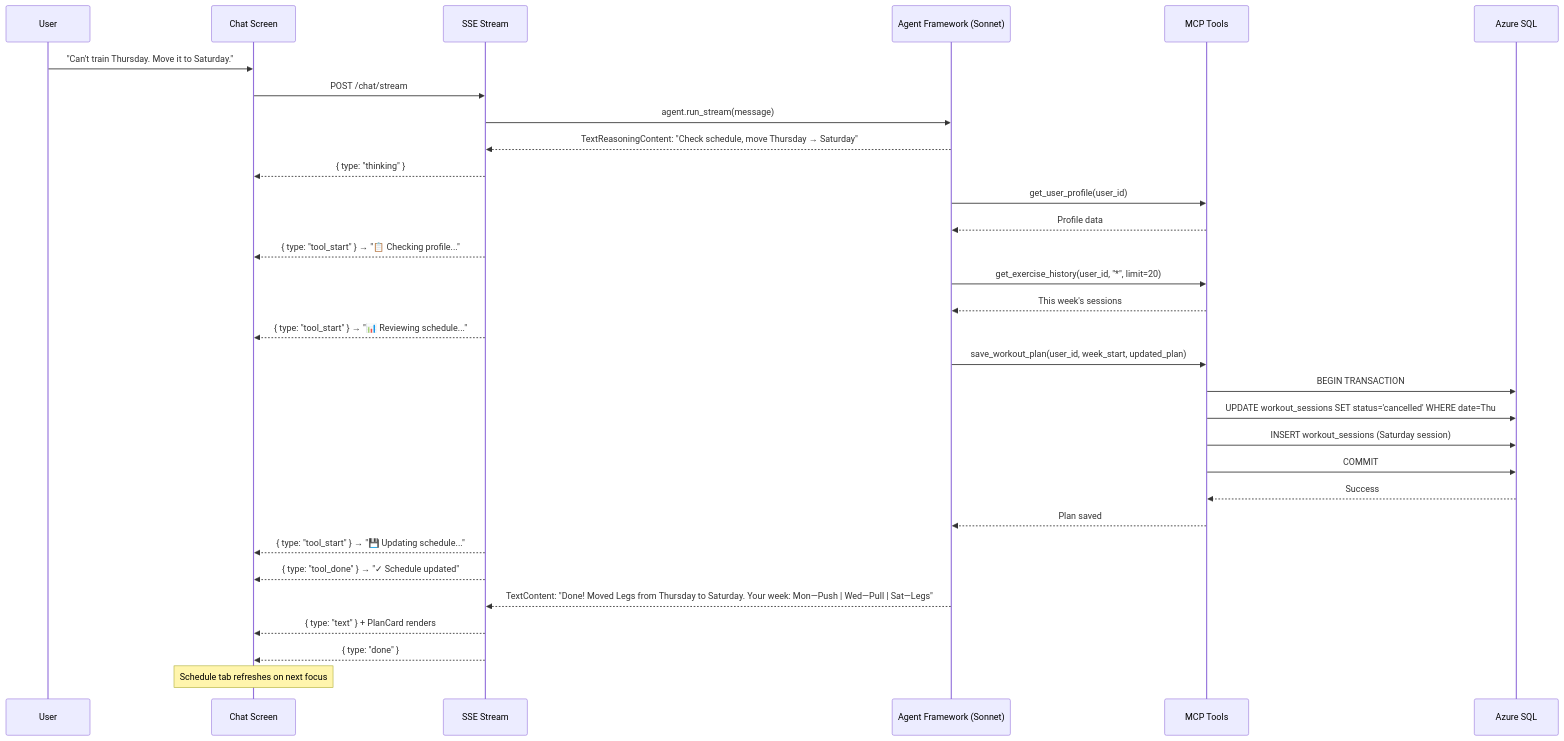
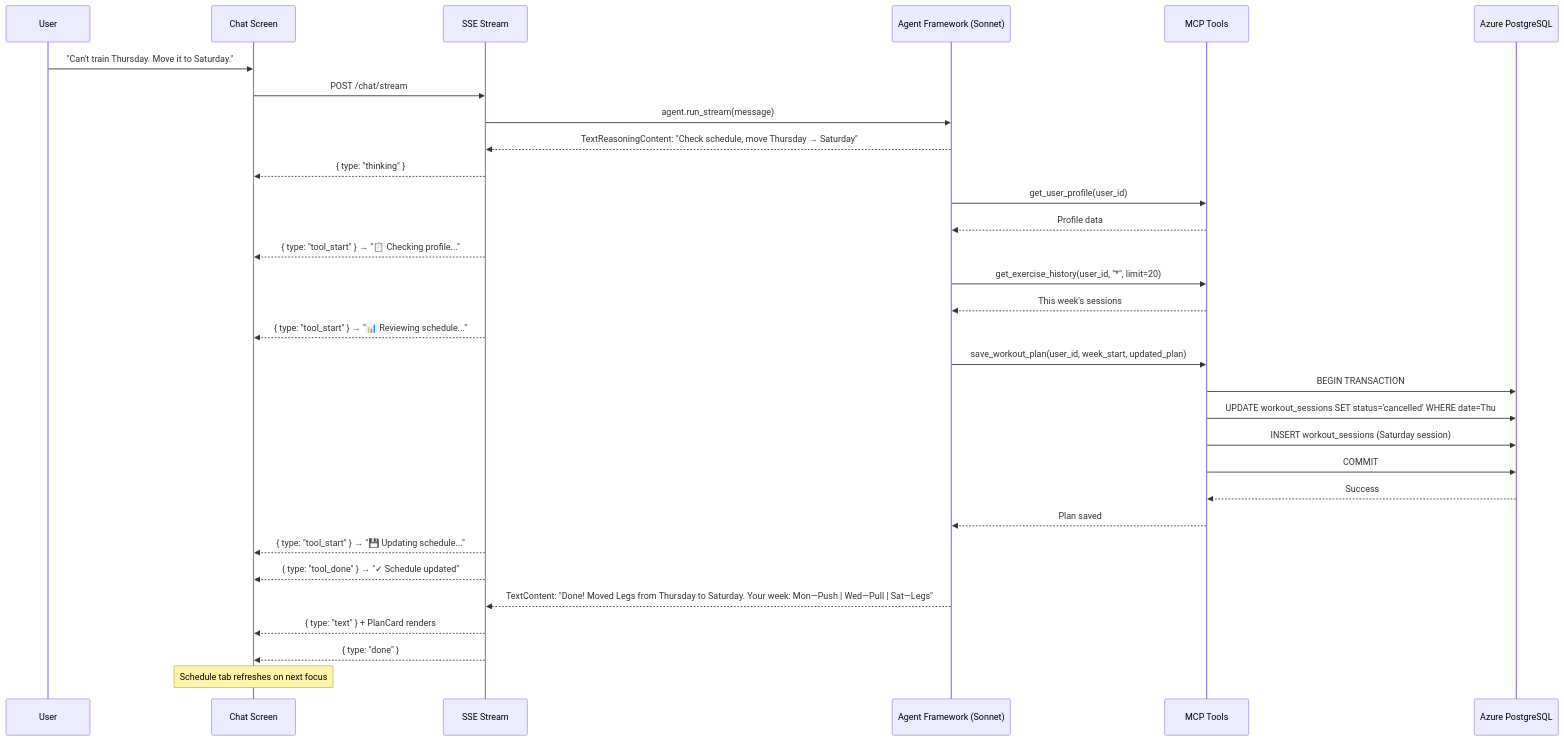
One commit to shoten-healthjourneys/gym-trainer-ai changed the tenth of 10 diagrams in Gym Trainer Implementation Plan.md. Above: the diagram before and after it, drawn with Mermaid. The commit also changed other lines of this file and 59 other files, not shown here.

````diff
--- a/Gym Trainer Implementation Plan.md
+++ b/Gym Trainer Implementation Plan.md
@@ -428,41 +428,41 @@
 ```mermaid
 sequenceDiagram
     participant U as User
     participant App as Chat Screen
     participant SSE as SSE Stream
     participant Agent as Agent Framework (Sonnet)
     participant MCP as MCP Tools
-    participant DB as Azure SQL
+    participant DB as Azure PostgreSQL
 
     U->>App: "Can't train Thursday. Move it to Saturday."
     App->>SSE: POST /chat/stream
     SSE->>Agent: agent.run_stream(message)
 
     Agent-->>SSE: TextReasoningContent: "Check schedule, move Thursday → Saturday"
     SSE-->>App: { type: "thinking" }
 
     Agent->>MCP: get_user_profile(user_id)
     MCP-->>Agent: Profile data
     SSE-->>App: { type: "tool_start" } → "📋 Checking profile..."
 
     Agent->>MCP: get_exercise_history(user_id, "*", limit=20)
     MCP-->>Agent: This week's sessions
     SSE-->>App: { type: "tool_start" } → "📊 Reviewing schedule..."
 
     Agent->>MCP: save_workout_plan(user_id, week_start, updated_plan)
     MCP->>DB: BEGIN TRANSACTION
     MCP->>DB: UPDATE workout_sessions SET status='cancelled' WHERE date=Thu
     MCP->>DB: INSERT workout_sessions (Saturday session)
     MCP->>DB: COMMIT
     DB-->>MCP: Success
     MCP-->>Agent: Plan saved
 
     SSE-->>App: { type: "tool_start" } → "💾 Updating schedule..."
     SSE-->>App: { type: "tool_done" } → "✓ Schedule updated"
 
     Agent-->>SSE: TextContent: "Done! Moved Legs from Thursday to Saturday. Your week: Mon—Push | Wed—Pull | Sat—Legs"
     SSE-->>App: { type: "text" } + PlanCard renders
     SSE-->>App: { type: "done" }
 
     Note over App: Schedule tab refreshes on next focus
 ```
````
